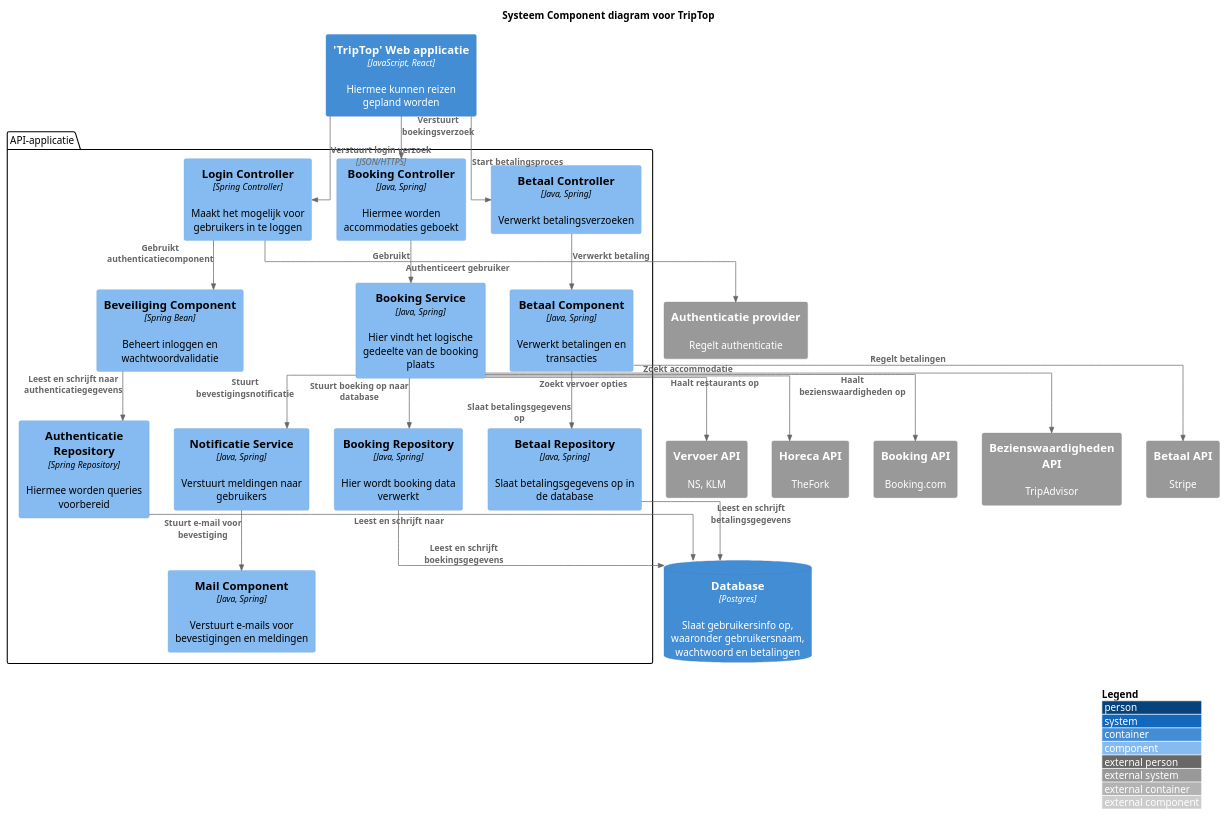
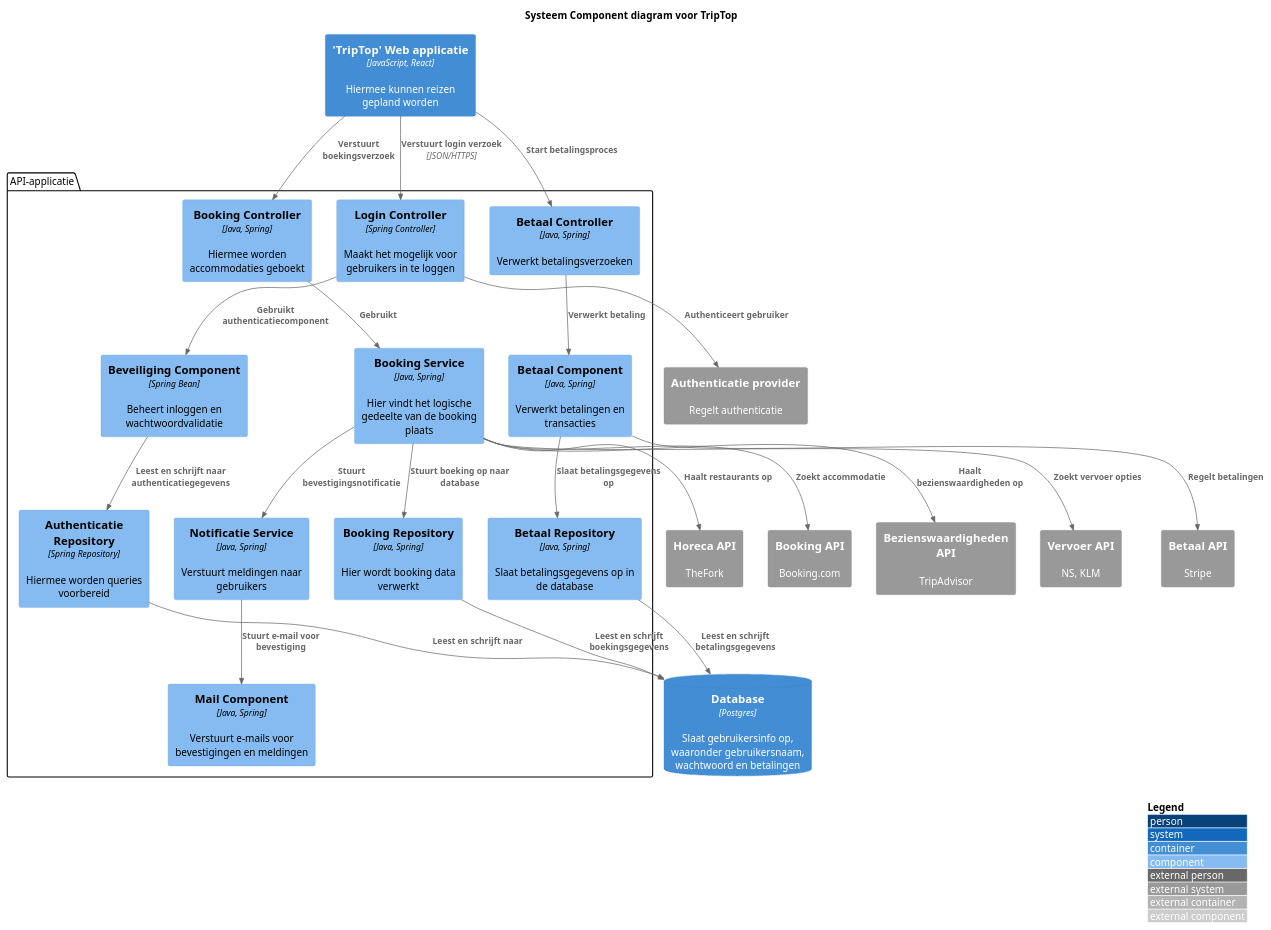
Before and after one commit to AIM-ENE-feb25/triptop-groep-4-afscheidscadeau-voor-juf-kim: the diagram in opdracht-diagrammen/Component Diagram.puml, drawn with PlantUML.

Commit message:
Aangepast LijnType

```diff
--- a/opdracht-diagrammen/Component Diagram.puml
+++ b/opdracht-diagrammen/Component Diagram.puml
@@ -1,65 +1,65 @@
 @startuml C4_Elements
 !include https://raw.githubusercontent.com/plantuml-stdlib/C4-PlantUML/master/C4_Component.puml
 title Systeem Component diagram voor TripTop
 
 LAYOUT_WITH_LEGEND()
 
-skinparam linetype ortho
+'skinparam linetype ortho
 'skinparam ArrowStyle Dashed
 
 Container(Webapp, "'TripTop' Web applicatie", "JavaScript, React", "Hiermee kunnen reizen gepland worden")
 
 package "API-applicatie" <<Rectangle>> {
     Component(loginController, "Login Controller", "Spring Controller", "Maakt het mogelijk voor gebruikers in te loggen")
     Component(bookingComponent, "Booking Controller", "Java, Spring", "Hiermee worden accommodaties geboekt")
     Component(bookingService, "Booking Service", "Java, Spring", "Hier vindt het logische gedeelte van de booking plaats")
     Component(bookingRepo, "Booking Repository", "Java, Spring", "Hier wordt booking data verwerkt")
 
     Component(notificatieService, "Notificatie Service", "Java, Spring", "Verstuurt meldingen naar gebruikers")
     Component(mailComponent, "Mail Component", "Java, Spring", "Verstuurt e-mails voor bevestigingen en meldingen")
 
     Component(betaalController, "Betaal Controller", "Java, Spring", "Verwerkt betalingsverzoeken")
     Component(betaalComponent, "Betaal Component", "Java, Spring", "Verwerkt betalingen en transacties")
     Component(betaalRepo, "Betaal Repository", "Java, Spring", "Slaat betalingsgegevens op in de database")
 
     Component(authenticatieRepo, "Authenticatie Repository", "Spring Repository", "Hiermee worden queries voorbereid")
     Component(beveiligingComponent, "Beveiliging Component", "Spring Bean", "Beheert inloggen en wachtwoordvalidatie")
 }
 
 ContainerDb(Database, "Database", "Postgres", "Slaat gebruikersinfo op, waaronder gebruikersnaam, wachtwoord en betalingen")
 
 System_Ext(authAPI, "Authenticatie provider", "Regelt authenticatie")
 System_Ext(bookingAPI, "Booking API", "Booking.com")
 System_Ext(bezienswaardighedenAPI, "Bezienswaardigheden API", "TripAdvisor")
 System_Ext(vervoerAPI, "Vervoer API", "NS, KLM")
 System_Ext(horecaAPI, "Horeca API", "TheFork")
 System_Ext(betaalAPI, "Betaal API", "Stripe")
 
 
 Rel(Webapp, loginController, "Verstuurt login verzoek", "JSON/HTTPS")
 Rel(loginController, beveiligingComponent, "Gebruikt authenticatiecomponent")
 Rel(loginController, authAPI, "Authenticeert gebruiker")
 Rel(beveiligingComponent, authenticatieRepo, "Leest en schrijft naar authenticatiegegevens")
 Rel(authenticatieRepo, Database, "Leest en schrijft naar")
 
 Rel(Webapp, bookingComponent, "Verstuurt boekingsverzoek")
 Rel(bookingComponent, bookingService, "Gebruikt")
 Rel(bookingService, bookingRepo, "Stuurt boeking op naar database")
 Rel(bookingRepo, Database, "Leest en schrijft boekingsgegevens")
 
 Rel(bookingService, notificatieService, "Stuurt bevestigingsnotificatie")
 Rel(notificatieService, mailComponent, "Stuurt e-mail voor bevestiging")
 
 Rel(Webapp, betaalController, "Start betalingsproces")
 Rel(betaalController, betaalComponent, "Verwerkt betaling")
 Rel(betaalComponent, betaalRepo, "Slaat betalingsgegevens op")
 Rel(betaalRepo, Database, "Leest en schrijft betalingsgegevens")
 
 Rel(bookingService, bookingAPI, "Zoekt accommodatie")
 Rel(bookingService, bezienswaardighedenAPI, "Haalt bezienswaardigheden op")
 Rel(bookingService, vervoerAPI, "Zoekt vervoer opties")
 Rel(bookingService, horecaAPI, "Haalt restaurants op")
 
 Rel(betaalComponent, betaalAPI, "Regelt betalingen")
 
 @enduml
```
